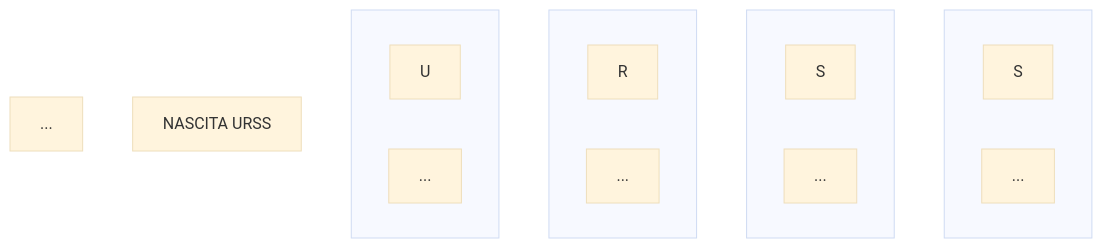
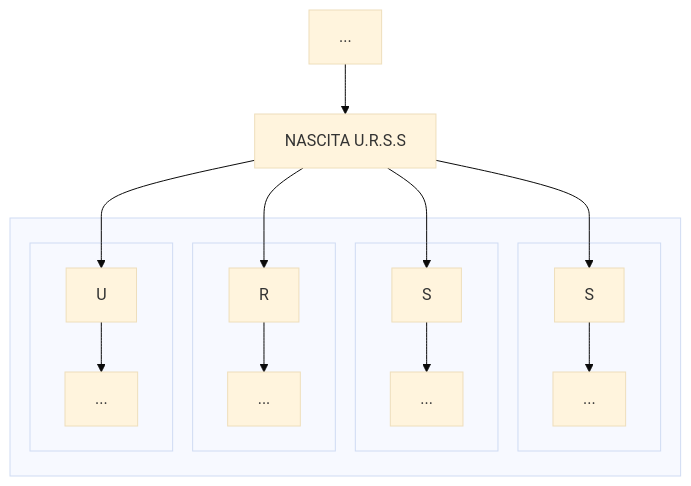
One commit to Laaouatni/ricerca-storia-MermaidJS changed the diagram in prova.md. Above: the diagram before and after it, drawn with Mermaid (base theme).

````diff
--- a/prova.md
+++ b/prova.md
@@ -1,21 +1,28 @@
 ```mermaid
 flowchart TB
-    0[...]
-    1[NASCITA URSS]
+  0[...]
+  1[NASCITA U.R.S.S]
+  subgraph 15[" "]
     subgraph 10[" "]
       100[U]
       1000[...]
+      100 --> 1000
     end
     subgraph 20[" "]
       200[R]
       2000[...]
+      200 --> 2000
     end
     subgraph 30[" "]
       300[S]
       3000[...]
+      300 --> 3000
     end
     subgraph 40[" "]
       400[S]
       4000[...]
+      400 --> 4000
     end
+  end
+  0 --> 1 --> 100 & 200 & 300 & 400
 ```
````
